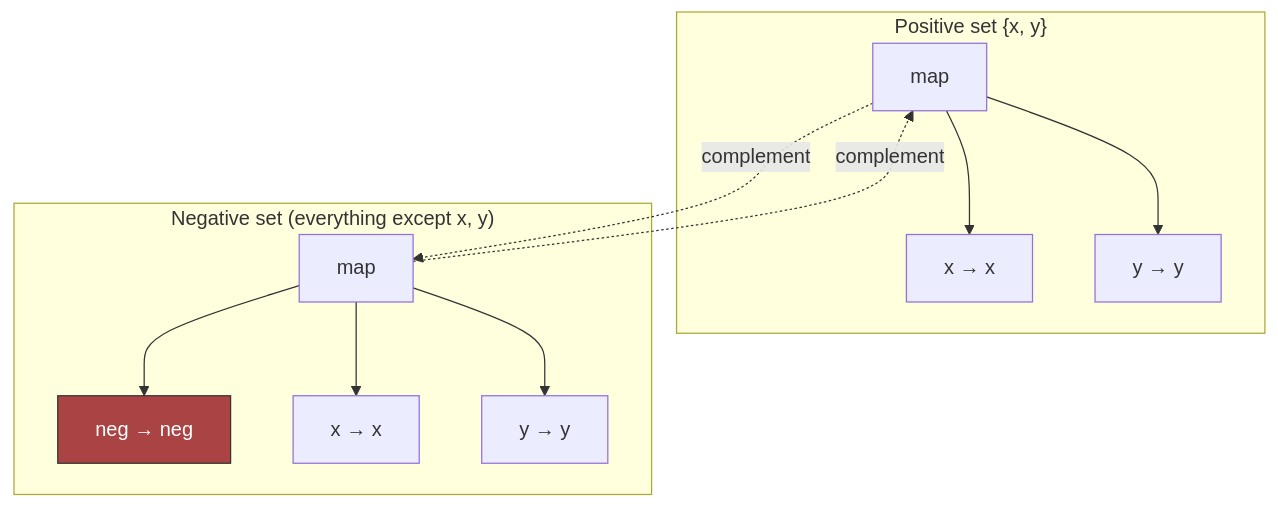
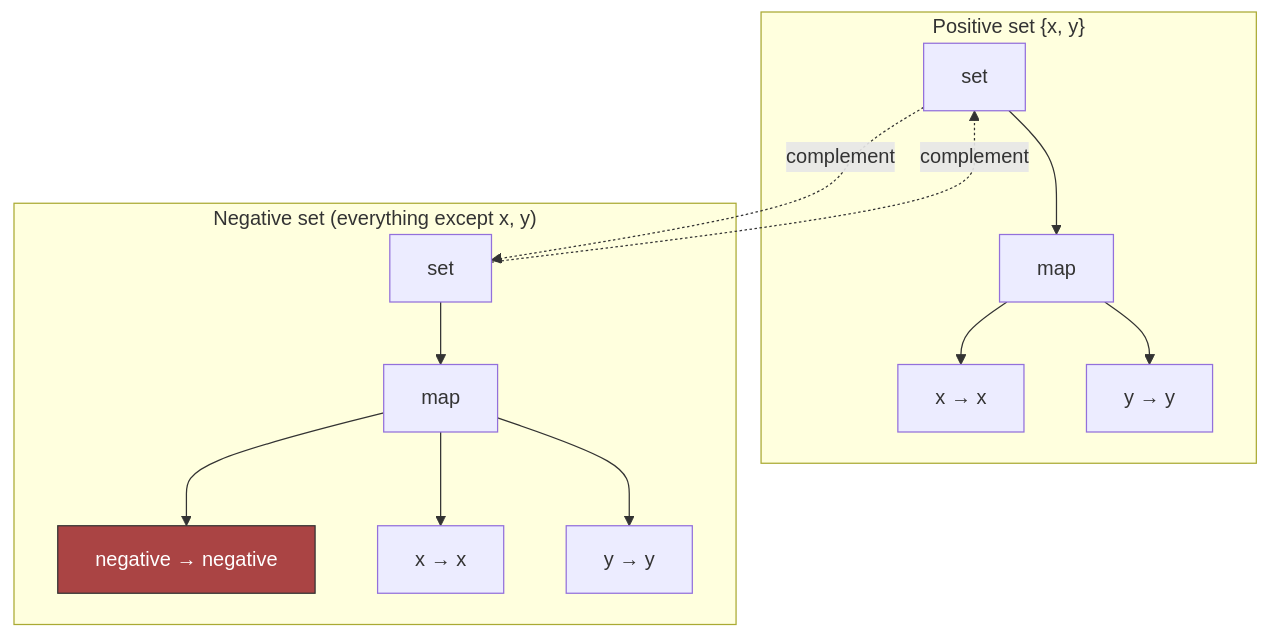
The second of 3 diagrams in docs/book/02-values/chapter.md (jclaggett/dacite), drawn with Mermaid before and after one commit. The commit also changed other lines of this file, not shown here.

First line of the commit message:
Chapter 2: add 'set' and 'negative' built-in types

````diff
--- a/docs/book/02-values/chapter.md
+++ b/docs/book/02-values/chapter.md
@@ -209,18 +220,20 @@
 ```mermaid
 graph TD
     subgraph "Positive set {x, y}"
-        PS["map"] --> PX["x → x"]
-        PS --> PY["y → y"]
+        PS["set"] --> PM["map"]
+        PM --> PX["x → x"]
+        PM --> PY["y → y"]
     end
 
     subgraph "Negative set (everything except x, y)"
-        NS["map"] --> NN["neg → neg"]
-        NS --> NX["x → x"]
-        NS --> NY["y → y"]
+        NS["set"] --> NM["map"]
+        NM --> NN["negative → negative"]
+        NM --> NX["x → x"]
+        NM --> NY["y → y"]
     end
 
     PS -. "complement" .-> NS
     NS -. "complement" .-> PS
 
     style NN fill:#a44,stroke:#333,color:#fff
 ```
````
